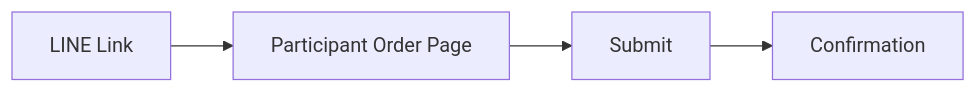
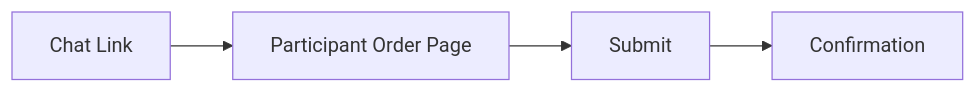
One commit to appsoft1969/circles changed the third of 3 diagrams in docs/wireframes-mvp.md. Above: the diagram before and after it, drawn with Mermaid. The commit also changed other lines of this file and 36 other files, not shown here.

````diff
--- a/docs/wireframes-mvp.md
+++ b/docs/wireframes-mvp.md
@@ -499,6 +499,6 @@
 ```mermaid
 flowchart LR
-  A["LINE Link"] --> B["Participant Order Page"]
+  A["Chat Link"] --> B["Participant Order Page"]
   B --> C["Submit"]
   C --> D["Confirmation"]
 ```
````
